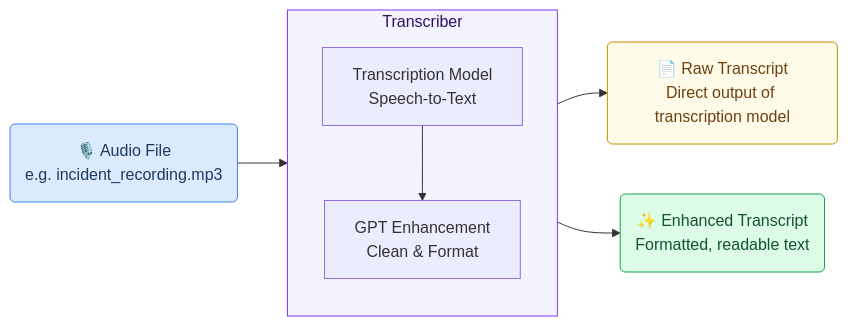
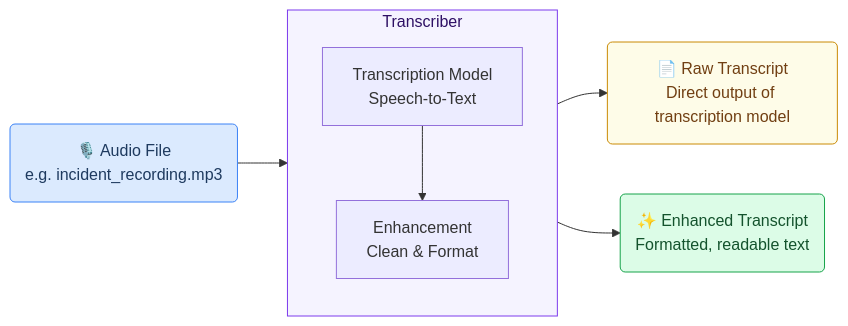
One commit to GAIK-project/gaik-toolkit changed the second of 4 diagrams in use_cases/Incident_reporting.md. Above: the diagram before and after it, drawn with Mermaid. The commit also changed other lines of this file, not shown here.

````diff
--- a/use_cases/Incident_reporting.md
+++ b/use_cases/Incident_reporting.md
@@ -35,19 +35,19 @@
 ```mermaid
 flowchart LR
     A("🎙️ Audio File<br/>e.g. incident_recording.mp3") --> B
 
     subgraph B["Transcriber"]
         direction TB
         W["Transcription Model<br/>Speech-to-Text"]
-        G["GPT Enhancement<br/>Clean & Format"]
+        G["Enhancement<br/>Clean & Format"]
         W --> G
     end
 
     B --> C("📄 Raw Transcript<br/>Direct output of transcription model")
     B --> D("✨ Enhanced Transcript<br/>Formatted, readable text")
 
     style A fill:#dbeafe,stroke:#3b82f6,color:#1e3a5f
     style C fill:#fefce8,stroke:#ca8a04,color:#713f12
     style D fill:#dcfce7,stroke:#16a34a,color:#14532d
     style B fill:#f5f3ff,stroke:#7c3aed,color:#2e1065
 ```
````
